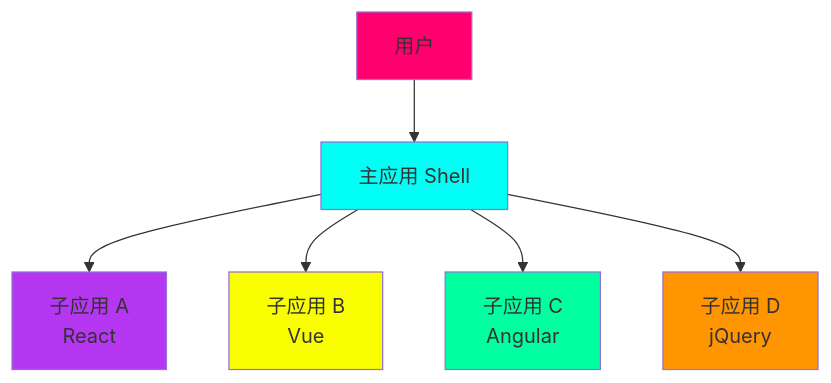
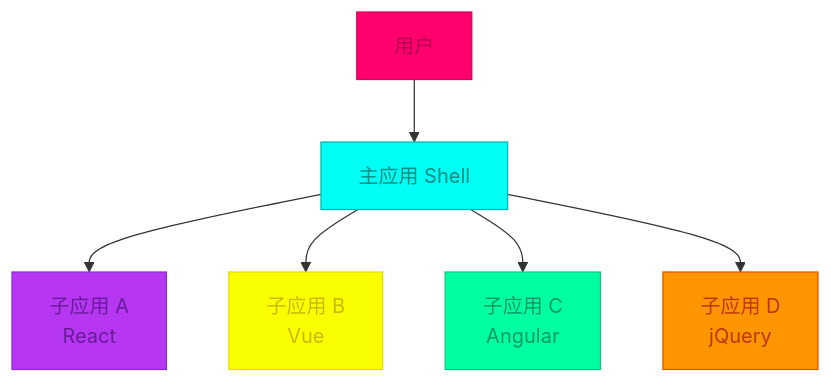
One commit to FreezeSoul/freezesoul.github.com changed the first of 6 diagrams in _posts/2019-11-15-micro-frontend.md. Above: the diagram before and after it, drawn with Mermaid. The commit also changed other lines of this file and 9 other files, not shown here.

Commit message:
修正mermaid配色与要求

````diff
--- a/_posts/2019-11-15-micro-frontend.md
+++ b/_posts/2019-11-15-micro-frontend.md
@@ -29,15 +29,15 @@
 ```mermaid
 graph TB
     A[用户] --> B[主应用 Shell]
     B --> C[子应用 A<br/>React]
     B --> D[子应用 B<br/>Vue]
     B --> E[子应用 C<br/>Angular]
     B --> F[子应用 D<br/>jQuery]
 
-    style A fill:#ff006e
-    style B fill:#00fff5
-    style C fill:#b537f2
-    style D fill:#faff00
-    style E fill:#00ff9f
-    style F fill:#ff9500
+    style A fill:#ff006e,stroke:#d6005c,color:#b3004e
+    style B fill:#00fff5,stroke:#00b8b0,color:#008b82
+    style C fill:#b537f2,stroke:#8a2be2,color:#6a1b9a
+    style D fill:#faff00,stroke:#e6d900,color:#c9b800
+    style E fill:#00ff9f,stroke:#00cc7f,color:#009966
+    style F fill:#ff9500,stroke:#e65100,color:#bf360c
 ```
````
